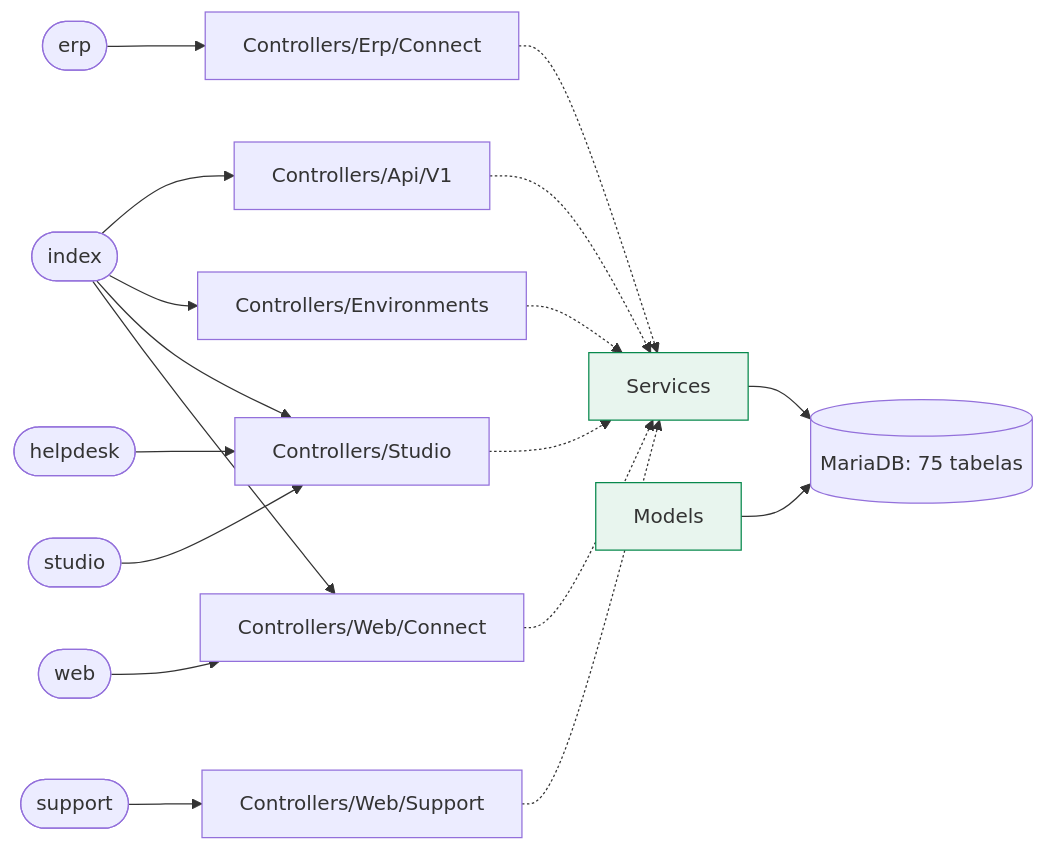
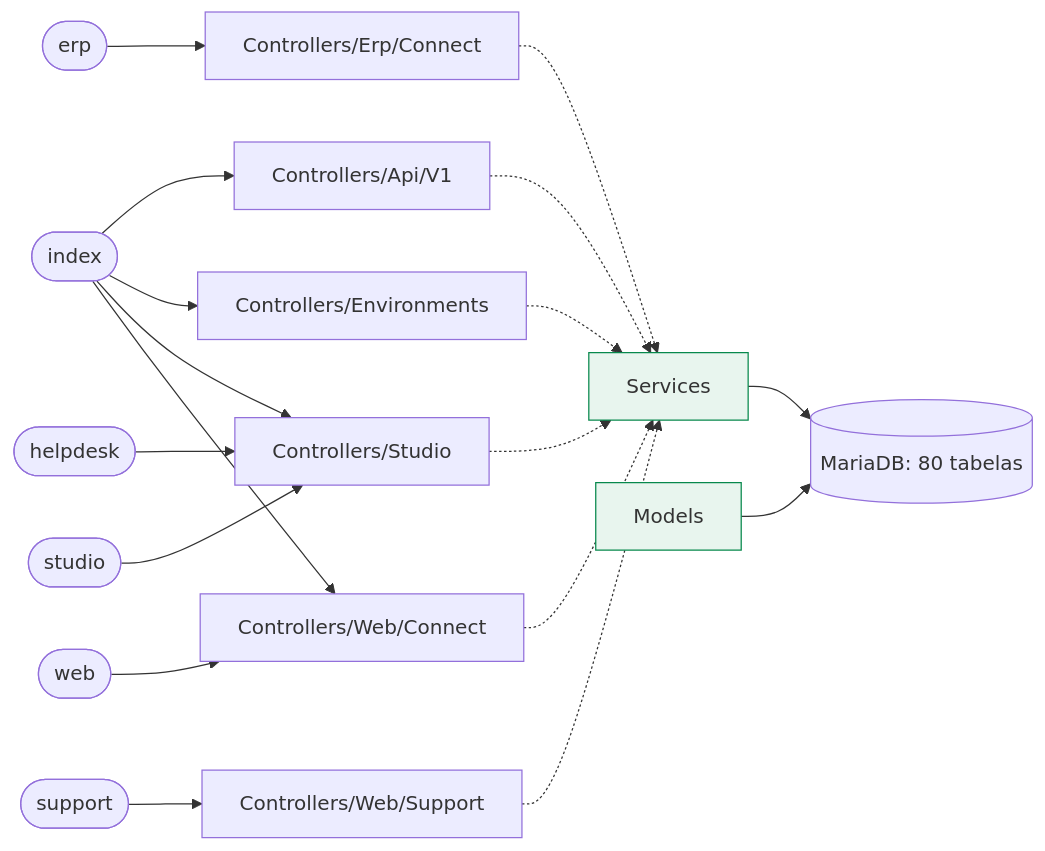
Before and after one commit to djalmamartins/connect-erp: the first of 2 diagrams in docs/map/README.md, drawn with Mermaid. The commit also changed other lines of this file and 1 other file, not shown here.

````diff
--- a/docs/map/README.md
+++ b/docs/map/README.md
@@ -13,30 +13,30 @@
 ```mermaid
 flowchart LR
   env_erp(["erp"])
   env_erp --> pkg_Controllers_Erp_Connect["Controllers/Erp/Connect"]
   env_helpdesk(["helpdesk"])
   env_helpdesk --> pkg_Controllers_Studio["Controllers/Studio"]
   env_index(["index"])
   env_index --> pkg_Controllers_Api_V1["Controllers/Api/V1"]
   env_index --> pkg_Controllers_Environments["Controllers/Environments"]
   env_index --> pkg_Controllers_Studio["Controllers/Studio"]
   env_index --> pkg_Controllers_Web_Connect["Controllers/Web/Connect"]
   env_studio(["studio"])
   env_studio --> pkg_Controllers_Studio["Controllers/Studio"]
   env_support(["support"])
   env_support --> pkg_Controllers_Web_Support["Controllers/Web/Support"]
   env_web(["web"])
   env_web --> pkg_Controllers_Web_Connect["Controllers/Web/Connect"]
   pkg_svc["Services"]:::svc
   pkg_mdl["Models"]:::svc
-  db[("MariaDB: 75 tabelas")]
+  db[("MariaDB: 80 tabelas")]
   pkg_Controllers_Api_V1 -.-> pkg_svc
   pkg_Controllers_Environments -.-> pkg_svc
   pkg_Controllers_Erp_Connect -.-> pkg_svc
   pkg_Controllers_Studio -.-> pkg_svc
   pkg_Controllers_Web_Connect -.-> pkg_svc
   pkg_Controllers_Web_Support -.-> pkg_svc
   pkg_svc --> db
   pkg_mdl --> db
   classDef svc fill:#e8f5ee,stroke:#07884c
 ```
````
